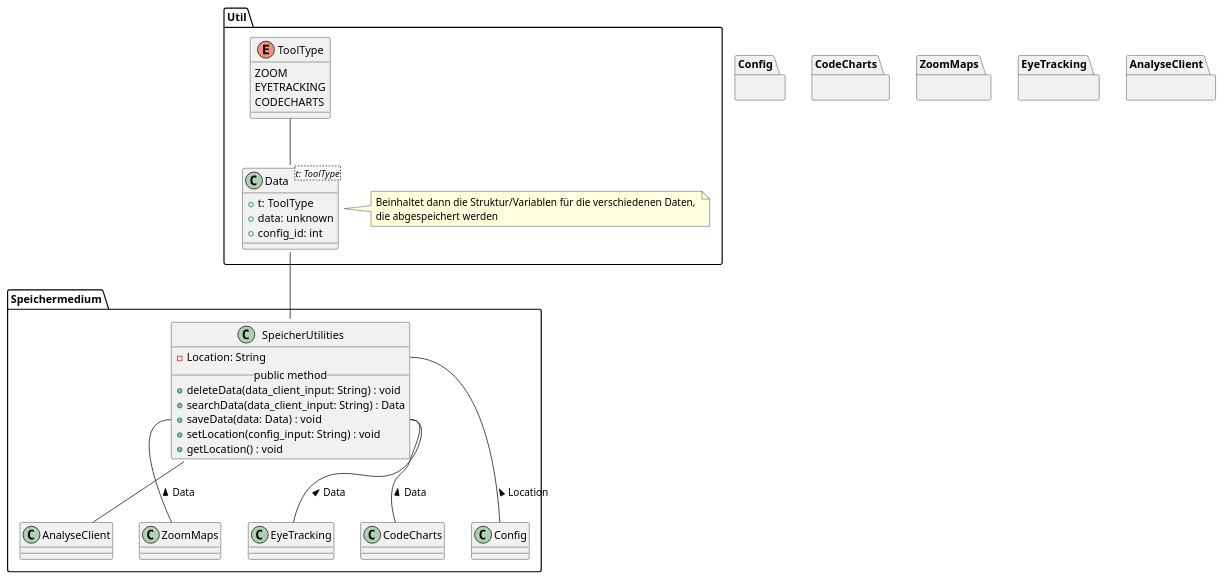
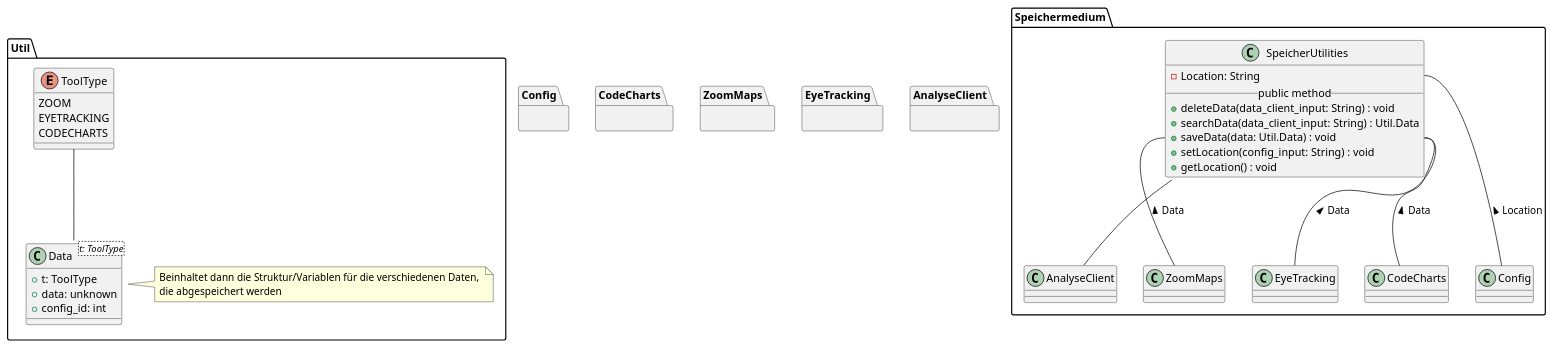
The diagram in meilenstein_03/uml-speichermedium/speichermedium.puml (weichware10/meilensteine), drawn with PlantUML before and after one commit.

Commit message:
Util.Data change

```diff
--- a/meilenstein_03/uml-speichermedium/speichermedium.puml
+++ b/meilenstein_03/uml-speichermedium/speichermedium.puml
@@ -1,64 +1,62 @@
 @startuml speichermedium
 ' === Speichermedium ===
 package Speichermedium {
       ' SpeicherUtilities
       class SpeicherUtilities {
          - Location: String
          __public method__
          + deleteData(data_client_input: String) : void
-         + searchData(data_client_input: String) : Data
-         + saveData(data: Data) : void
+         + searchData(data_client_input: String) : Util.Data
+         + saveData(data: Util.Data) : void
          + setLocation(config_input: String) : void
          + getLocation() : void
      }
 
       
 
      ' Andere Module
      SpeicherUtilities::Location -- Config : < Location
      SpeicherUtilities::saveData -- CodeCharts : < Data
      SpeicherUtilities::saveData -- ZoomMaps : < Data
      SpeicherUtilities::saveData -- EyeTracking : < Data
      SpeicherUtilities -- AnalyseClient
 }
 
 package Util {
 
 class Data<t: ToolType> {
          + t: ToolType
          + data: unknown
          + config_id: int
      }
 
 note right of Data
    Beinhaltet dann die Struktur/Variablen für die verschiedenen Daten, 
    die abgespeichert werden
 end note
 
       
 
 ' Interaktionen
-      
-Data -- SpeicherUtilities
 ToolType -- Data::type
 
 ' ToolType
       enum ToolType {
        ZOOM
        EYETRACKING
        CODECHARTS
      }
 
 }
 ' Blackboxen / Andere Module
  package Config {}
 
  package CodeCharts {}
 
  package ZoomMaps {}
 
  package EyeTracking {}
 
  package AnalyseClient {}
 
 @enduml
```
